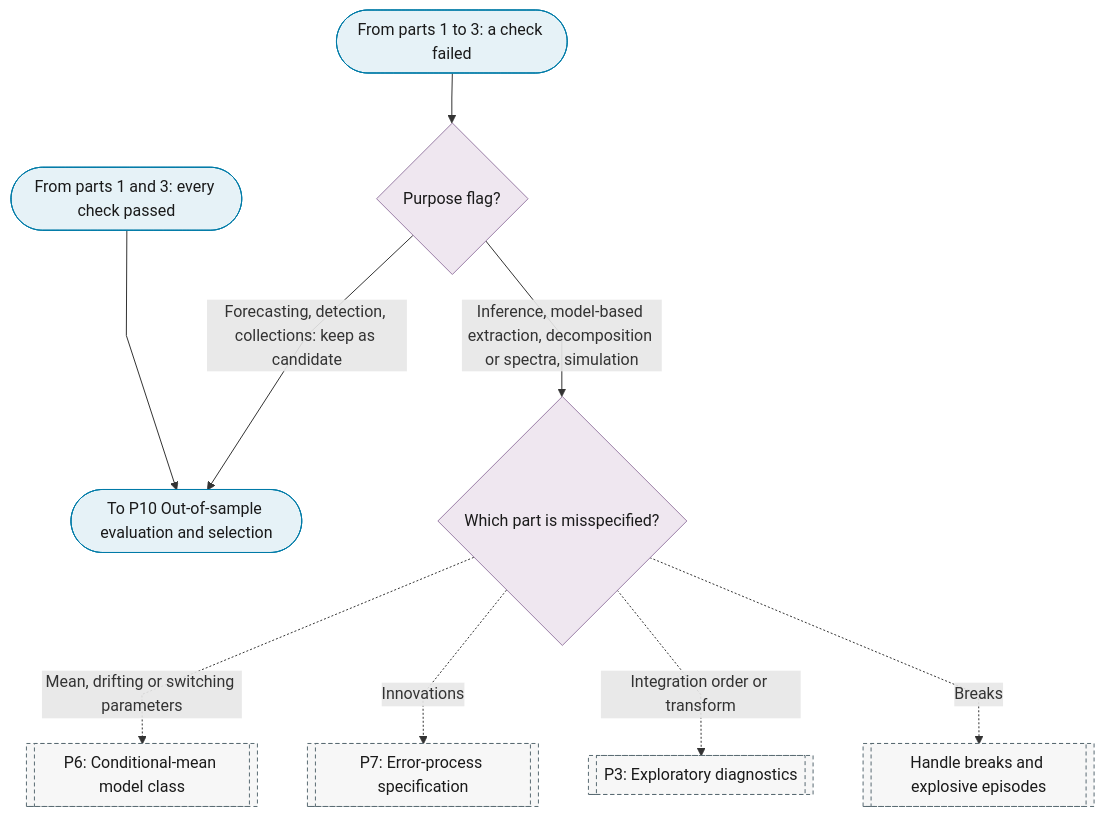
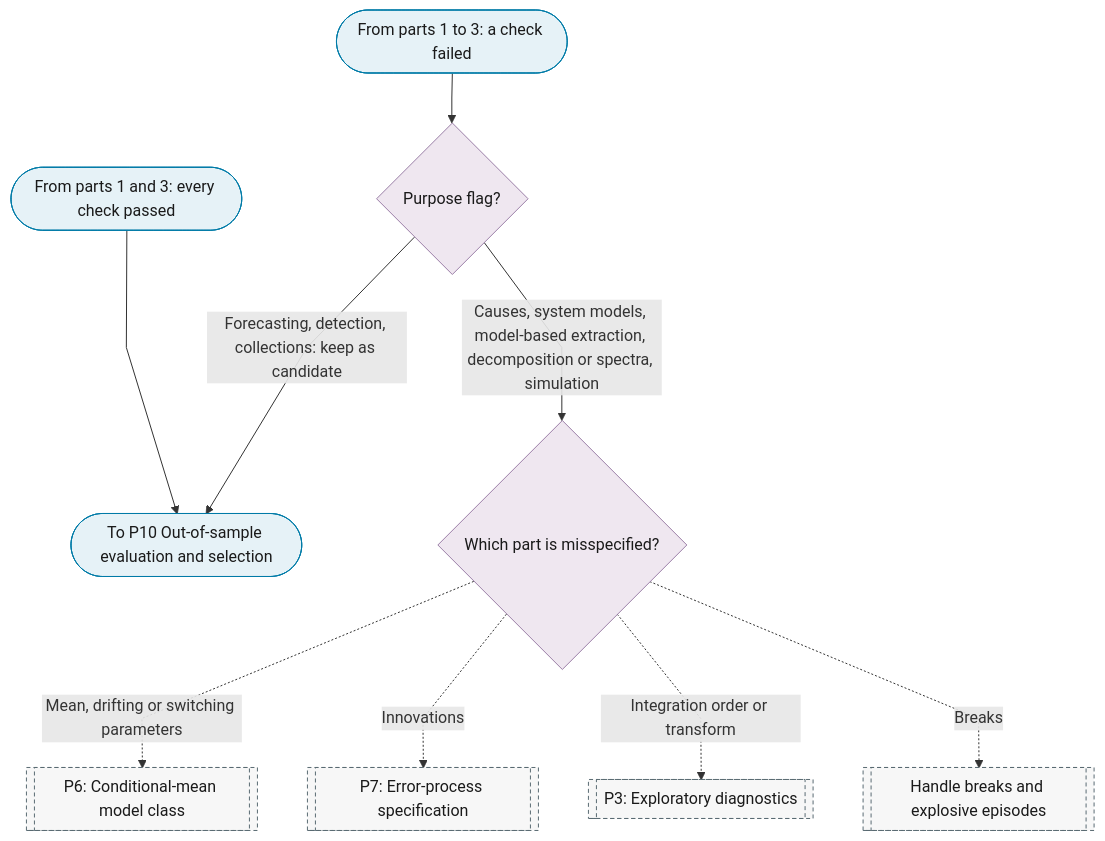
The fourth of 4 diagrams in docs/01-workflow/p09-in-sample-diagnostics.md (Shuxin-Y/time-series-analysis-manual), drawn with Mermaid before and after one commit. The commit also changed other lines of this file and 20 other files, not shown here.

First line of the commit message:
fix(charts): one placement per purpose leaf; branch table; exits and labels

````diff
--- a/docs/01-workflow/p09-in-sample-diagnostics.md
+++ b/docs/01-workflow/p09-in-sample-diagnostics.md
@@ -128,23 +128,23 @@
 ```mermaid
 %%{init: {"flowchart": {"curve": "linear"}}}%%
 graph TD
     P9_PART_4_IN(["From parts 1 and 3: every check passed"]) --> P9_OUT(["To P10 Out-of-sample evaluation and selection"])
     P9_PART_4_FAIL_IN(["From parts 1 to 3: a check failed"]) --> P9_GATE{"Purpose flag?"}
     P9_GATE -->|"Forecasting, detection, collections: keep as candidate"| P9_OUT
-    P9_GATE -->|"Inference, model-based extraction, decomposition or spectra, simulation"| P9_WHERE{"Which part is misspecified?"}
+    P9_GATE -->|"Causes, system models, model-based extraction, decomposition or spectra, simulation"| P9_WHERE{"Which part is misspecified?"}
     P9_WHERE -.->|"Mean, drifting or switching parameters"| P6[["P6: Conditional-mean model class"]]
     P9_WHERE -.->|"Innovations"| P7[["P7: Error-process specification"]]
     P9_WHERE -.->|"Integration order or transform"| P3[["P3: Exploratory diagnostics"]]
     P9_WHERE -.->|"Breaks"| P4_BREAK_HANDLING[["Handle breaks and explosive episodes"]]
     class P9_PART_4_IN,P9_PART_4_FAIL_IN,P9_OUT terminator
     class P9_GATE,P9_WHERE decision
     class P6,P7,P3,P4_BREAK_HANDLING ref
     classDef terminator fill:#E6F2F7,stroke:#007BA7,color:#1A1A1A;
     classDef process fill:#FFFFFF,stroke:#5A6B73,color:#1A1A1A;
     classDef decision fill:#EFE7F0,stroke:#9B7FA7,color:#1A1A1A;
     classDef data fill:#FFF4E0,stroke:#C9A55E,color:#1A1A1A;
     classDef good fill:#DCEFD8,stroke:#4A7A3F,color:#1A1A1A;
     classDef escalate fill:#FFE9C2,stroke:#C9A55E,color:#1A1A1A;
     classDef problem fill:#F2D9DE,stroke:#800020,color:#1A1A1A;
     classDef ref fill:#F7F7F7,stroke:#5A6B73,color:#1A1A1A,stroke-dasharray:4 3;
 ```
````
